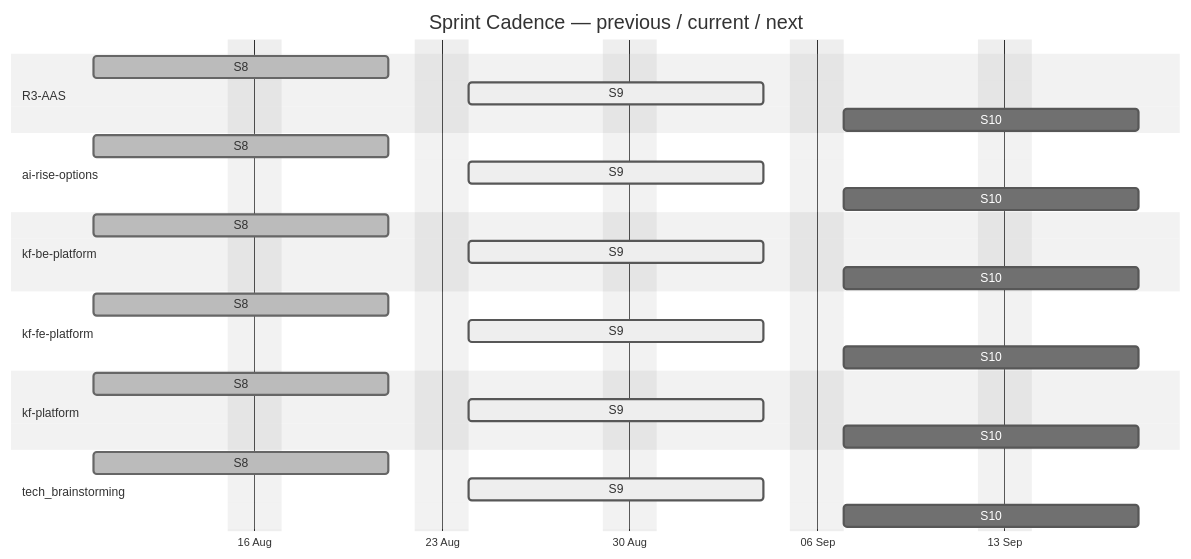
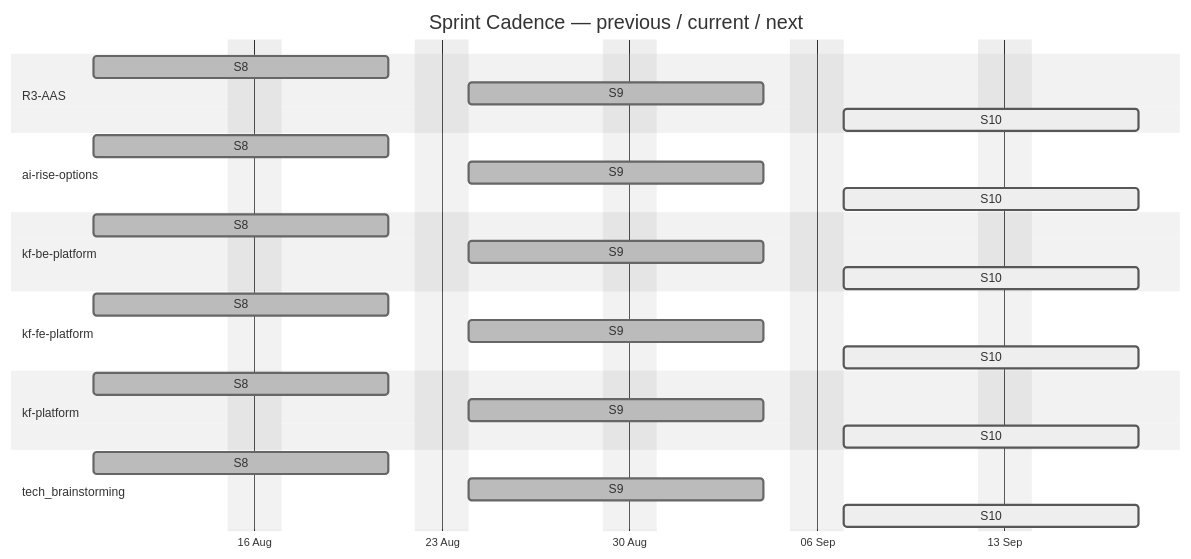
Before and after one commit to Katty-Fashion/kf-cpto: the first of 4 diagrams in docs/agile-sprints.md, drawn with Mermaid (neutral theme). The commit also changed other lines of this file and 15 other files, not shown here.

````diff
--- a/docs/agile-sprints.md
+++ b/docs/agile-sprints.md
@@ -12,32 +12,32 @@
 ```mermaid
 gantt
     title Sprint Cadence — previous / current / next
     dateFormat YYYY-MM-DD
     axisFormat %d %b
     excludes weekends
 
     section R3-AAS
     S8 :done, 2026-08-10, 2026-08-21
-    S9 :active, 2026-08-24, 2026-09-04
-    S10 :2026-09-07, 2026-09-18
+    S9 :done, 2026-08-24, 2026-09-04
+    S10 :active, 2026-09-07, 2026-09-18
     section ai-rise-options
     S8 :done, 2026-08-10, 2026-08-21
-    S9 :active, 2026-08-24, 2026-09-04
-    S10 :2026-09-07, 2026-09-18
+    S9 :done, 2026-08-24, 2026-09-04
+    S10 :active, 2026-09-07, 2026-09-18
     section kf-be-platform
     S8 :done, 2026-08-10, 2026-08-21
-    S9 :active, 2026-08-24, 2026-09-04
-    S10 :2026-09-07, 2026-09-18
+    S9 :done, 2026-08-24, 2026-09-04
+    S10 :active, 2026-09-07, 2026-09-18
     section kf-fe-platform
     S8 :done, 2026-08-10, 2026-08-21
-    S9 :active, 2026-08-24, 2026-09-04
-    S10 :2026-09-07, 2026-09-18
+    S9 :done, 2026-08-24, 2026-09-04
+    S10 :active, 2026-09-07, 2026-09-18
     section kf-platform
     S8 :done, 2026-08-10, 2026-08-21
-    S9 :active, 2026-08-24, 2026-09-04
-    S10 :2026-09-07, 2026-09-18
+    S9 :done, 2026-08-24, 2026-09-04
+    S10 :active, 2026-09-07, 2026-09-18
     section tech_brainstorming
     S8 :done, 2026-08-10, 2026-08-21
-    S9 :active, 2026-08-24, 2026-09-04
-    S10 :2026-09-07, 2026-09-18
+    S9 :done, 2026-08-24, 2026-09-04
+    S10 :active, 2026-09-07, 2026-09-18
 ```
````
